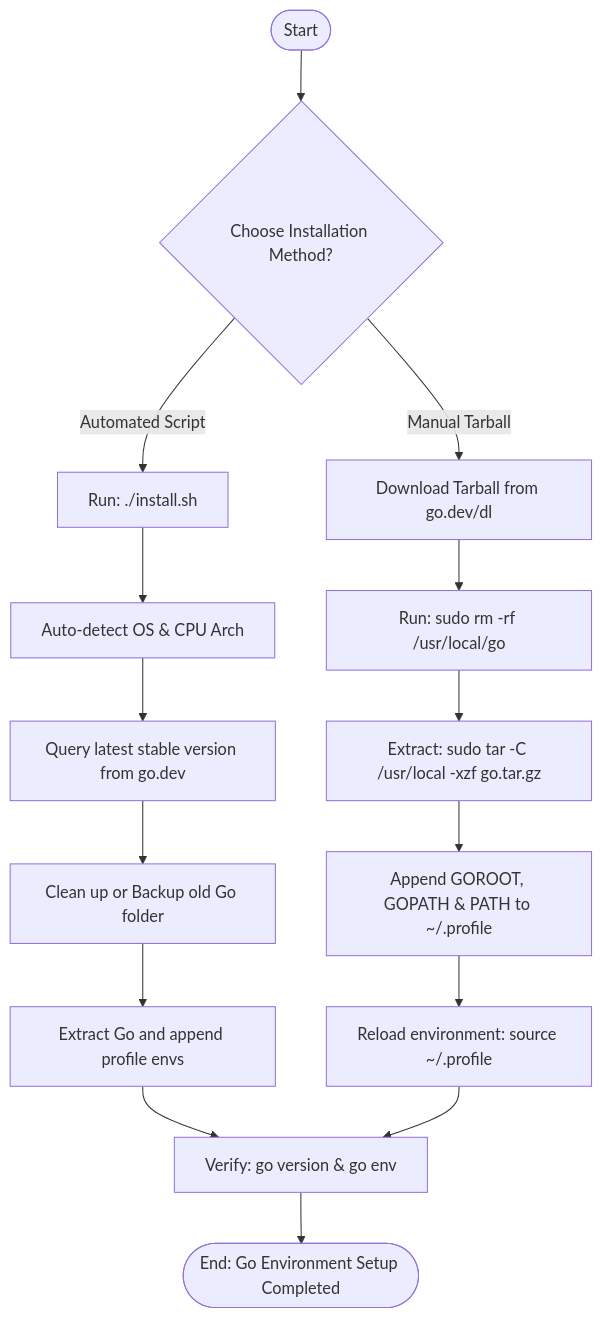
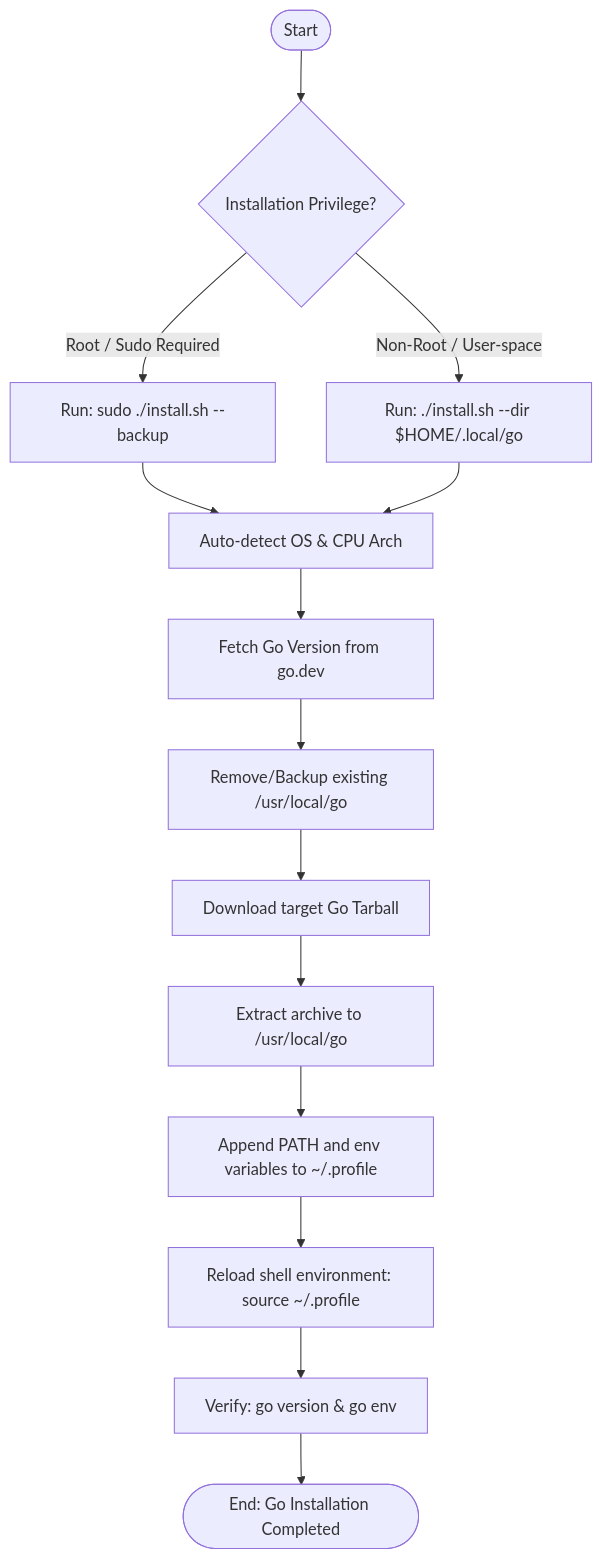
The diagram in golang.md (amrendra-25tech/new-code), drawn with Mermaid before and after one commit. The commit also changed other lines of this file, not shown here.

First line of the commit message:
Revise Golang setup guide for Linux and automation

````diff
--- a/golang.md
+++ b/golang.md
@@ -90,22 +82,21 @@
 ```mermaid
 graph TD
-    Start([Start]) --> MethodCheck{Choose Installation Method?}
+    Start([Start]) --> PrivilegeCheck{Installation Privilege?}
   
-    %% Automated Script Flow
-    MethodCheck -- Automated Script --> ScrRun[Run: ./install.sh]
-    ScrRun --> ScrOS[Auto-detect OS & CPU Arch]
-    ScrOS --> ScrVer[Query latest stable version from go.dev]
-    ScrVer --> ScrClean[Clean up or Backup old Go folder]
-    ScrClean --> ScrInstall[Extract Go and append profile envs]
-    ScrInstall --> Verify[Verify: go version & go env]
+    %% Sudo / Global Flow
+    PrivilegeCheck -- Root / Sudo Required --> GlobalInstall[Run: sudo ./install.sh --backup]
+    GlobalInstall --> DetectEnv[Auto-detect OS & CPU Arch]
+    DetectEnv --> FetchVer[Fetch Go Version from go.dev]
+    FetchVer --> CleanOld[Remove/Backup existing /usr/local/go]
+    CleanOld --> DownloadTar[Download target Go Tarball]
+    DownloadTar --> ExtractTar[Extract archive to /usr/local/go]
+    ExtractTar --> UpdateProfile[Append PATH and env variables to ~/.profile]
+    UpdateProfile --> ReloadProfile[Reload shell environment: source ~/.profile]
   
-    %% Manual Tarball Flow
-    MethodCheck -- Manual Tarball --> LinDown[Download Tarball from go.dev/dl]
-    LinDown --> LinClean[Run: sudo rm -rf /usr/local/go]
-    LinClean --> LinExtract[Extract: sudo tar -C /usr/local -xzf go.tar.gz]
-    LinExtract --> LinHome[Append GOROOT, GOPATH & PATH to ~/.profile]
-    LinHome --> LinReload[Reload environment: source ~/.profile]
-    LinReload --> Verify
+    %% Local Flow
+    PrivilegeCheck -- Non-Root / User-space --> LocalInstall[Run: ./install.sh --dir $HOME/.local/go]
+    LocalInstall --> DetectEnv
   
-    Verify --> End([End: Go Environment Setup Completed])
+    ReloadProfile --> Verify[Verify: go version & go env]
+    Verify --> End([End: Go Installation Completed])
 ```
````
